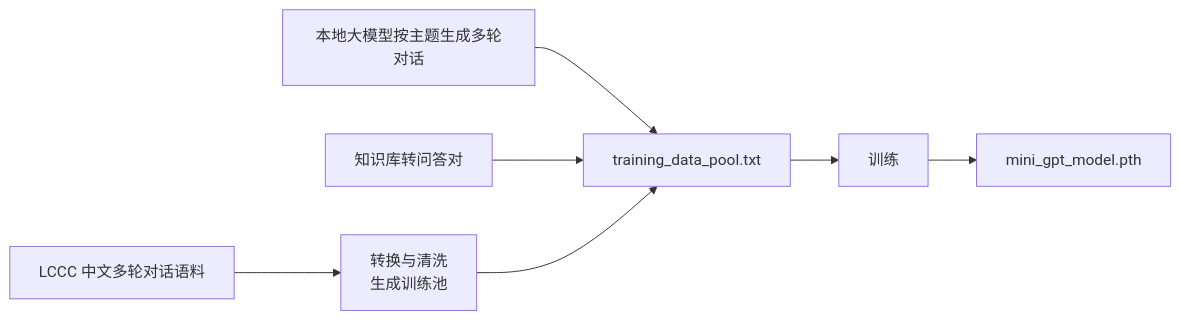
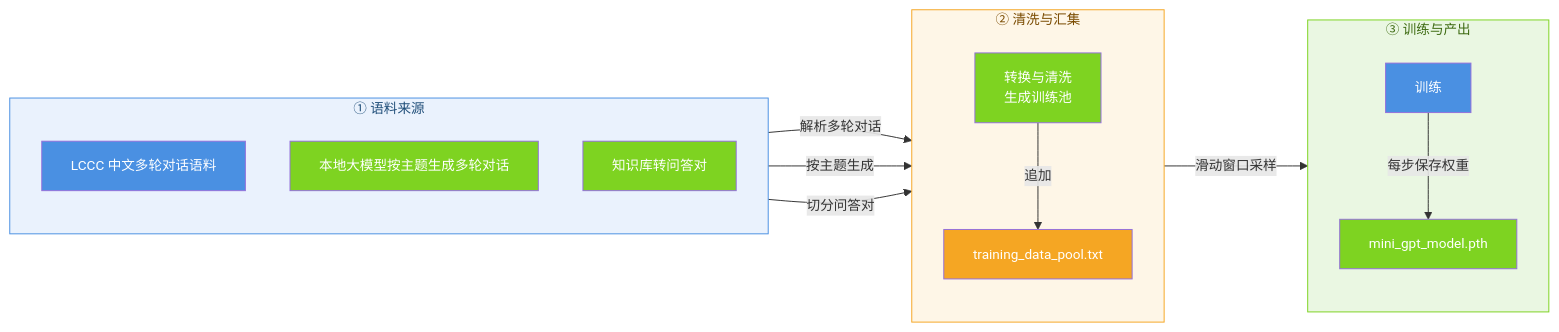
Before and after one commit to jiangchuangege/xiaojiao-harnees: the fourth of 7 diagrams in README.md, drawn with Mermaid. The commit also changed other lines of this file and 30 other files, not shown here.

First line of the commit message:
﻿全仓 Mermaid 图统一 + 对比表与 License 修正

````diff
--- a/README.md
+++ b/README.md
@@ -317,9 +384,36 @@
 ```mermaid
 flowchart LR
-    A["LCCC 中文多轮对话语料"] --> B["转换与清洗<br/>生成训练池"]
-    C["本地大模型按主题生成多轮对话"] --> D["training_data_pool.txt"]
-    E["知识库转问答对"] --> D
-    D --> F["训练"]
-    F --> G["mini_gpt_model.pth"]
-    B --> D
+%%{init: {"themeVariables": {"fontSize": "14px"}, "flowchart": {"htmlLabels": true, "wrappingWidth": 340, "nodeSpacing": 46, "rankSpacing": 64, "useMaxWidth": true}}}%%
+    subgraph SRC["① 语料来源"]
+        direction TB
+        A["LCCC 中文多轮对话语料"]
+        C["本地大模型按主题生成多轮对话"]
+        E["知识库转问答对"]
+    end
+    subgraph BUILD["② 清洗与汇集"]
+        direction TB
+        B["转换与清洗<br/>生成训练池"]
+        D["training_data_pool.txt"]
+    end
+    subgraph TRAIN["③ 训练与产出"]
+        direction TB
+        F["训练"]
+        G["mini_gpt_model.pth"]
+    end
+    A -->|"解析多轮对话"| B
+    C -->|"按主题生成"| D
+    E -->|"切分问答对"| D
+    B -->|"追加"| D
+    D -->|"滑动窗口采样"| F
+    F -->|"每步保存权重"| G
+    style SRC fill:#EAF2FD,stroke:#4A90E2,color:#1F4E79
+    style BUILD fill:#FEF6E7,stroke:#F5A623,color:#7A4B00
+    style TRAIN fill:#EAF7E2,stroke:#7ED321,color:#3E6B12
+    style A fill:#4A90E2,color:#fff
+    style C fill:#7ED321,color:#fff
+    style E fill:#7ED321,color:#fff
+    style B fill:#7ED321,color:#fff
+    style D fill:#F5A623,color:#fff
+    style F fill:#4A90E2,color:#fff
+    style G fill:#7ED321,color:#fff
 ```
````
